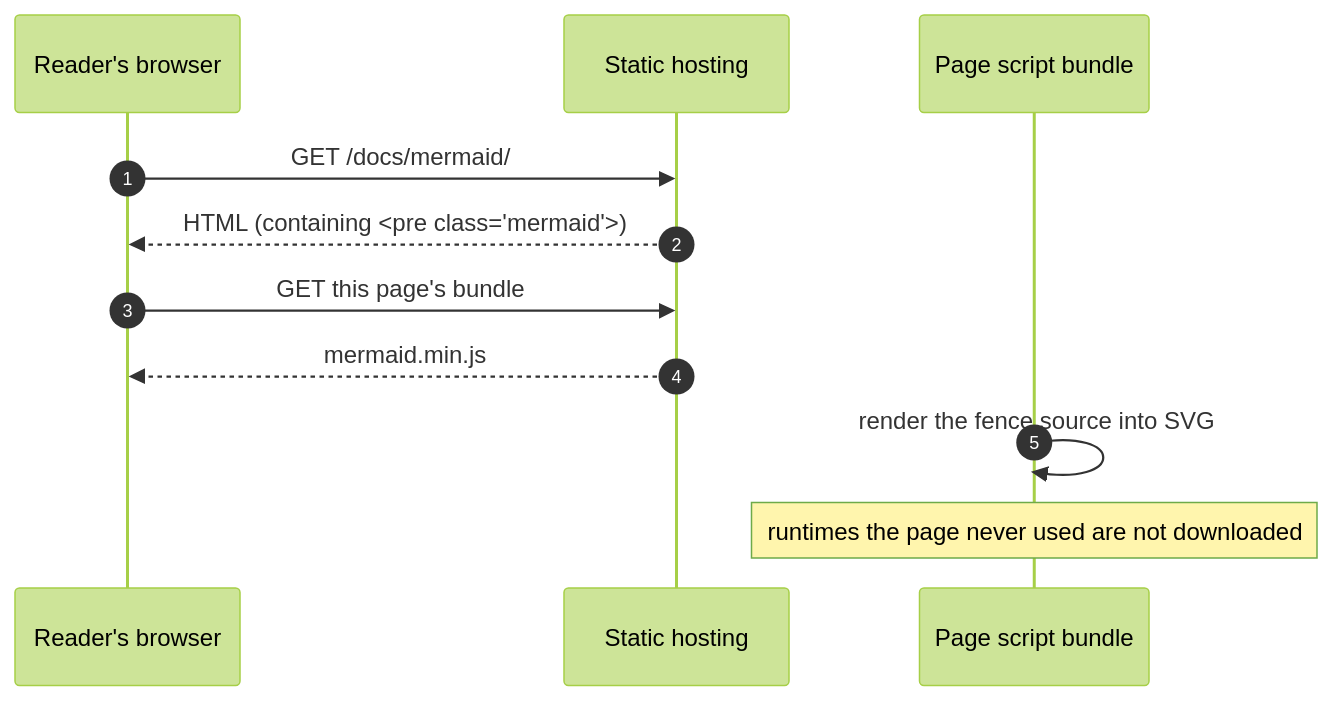
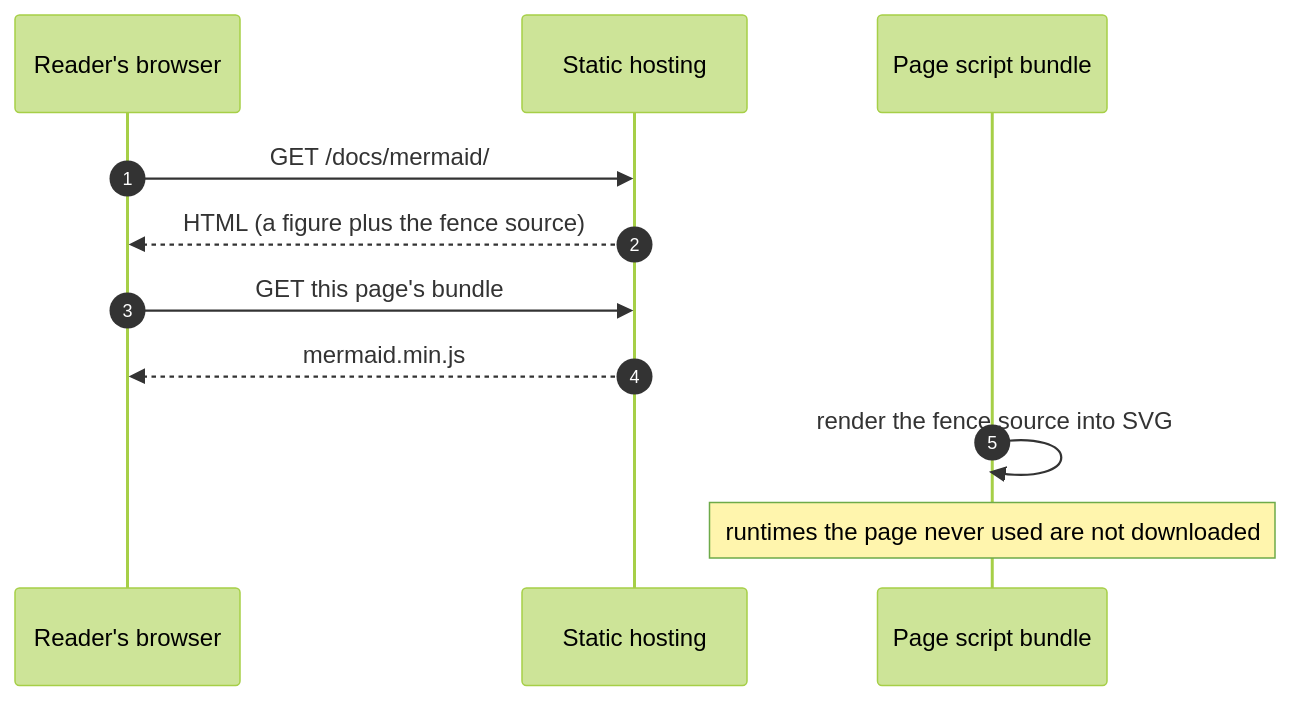
The second of 9 diagrams in tests/site/content/docs/mermaid.md (pgsty/oink), drawn with Mermaid (forest theme) before and after one commit. The commit also changed other lines of this file and 3 other files, not shown here.

First line of the commit message:
fix(mermaid): Print carries the source, because it never carried the picture

````diff
--- a/tests/site/content/docs/mermaid.md
+++ b/tests/site/content/docs/mermaid.md
@@ -62,13 +62,13 @@
 ```mermaid
 sequenceDiagram
   autonumber
   participant Reader as Reader's browser
   participant CDN as Static hosting
   participant JS as Page script bundle
   Reader->>CDN: GET /docs/mermaid/
-  CDN-->>Reader: HTML (containing <pre class="mermaid">)
+  CDN-->>Reader: HTML (a figure plus the fence source)
   Reader->>CDN: GET this page's bundle
   CDN-->>Reader: mermaid.min.js
   JS->>JS: render the fence source into SVG
   Note over JS: runtimes the page never used are not downloaded
 ```
````
